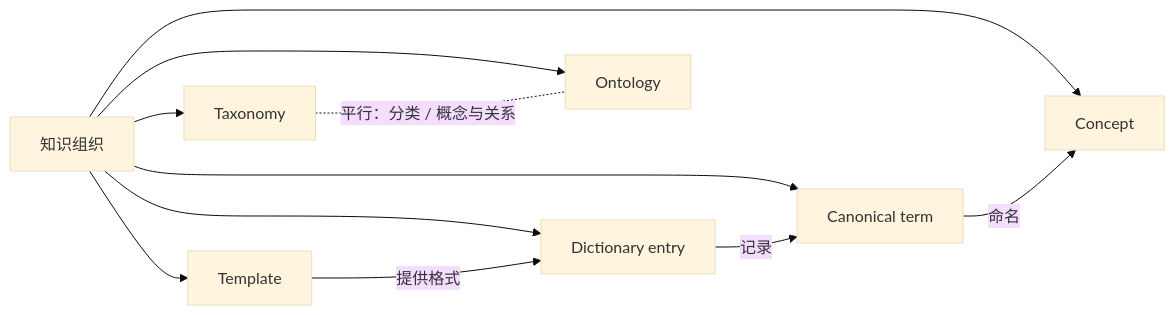
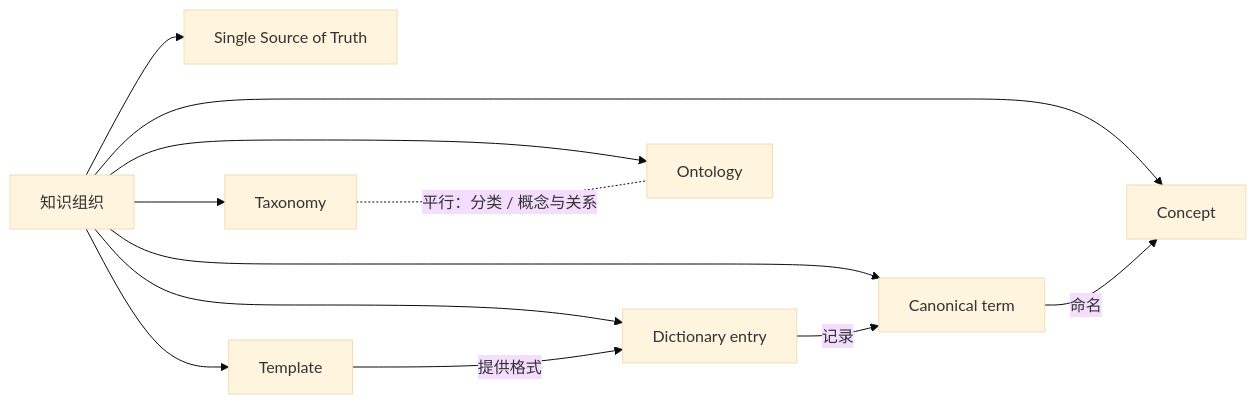
Before and after one commit to bojuewang/engineering-dictionary: the fifth of 5 diagrams in dictionary/taxonomy.md, drawn with Mermaid (base theme). The commit also changed other lines of this file and 17 other files, not shown here.

````diff
--- a/dictionary/taxonomy.md
+++ b/dictionary/taxonomy.md
@@ -196,14 +208,15 @@
 ```mermaid
 flowchart LR
     category["知识组织"]
     category --> canonical_term["Canonical term"]
+    category --> single_source_of_truth["Single Source of Truth"]
     category --> dictionary_entry["Dictionary entry"]
     category --> template["Template"]
     category --> concept["Concept"]
     category --> taxonomy["Taxonomy"]
     category --> ontology["Ontology"]
     dictionary_entry -->|记录| canonical_term
     canonical_term -->|命名| concept
     template -->|提供格式| dictionary_entry
     taxonomy -. 平行：分类 / 概念与关系 .- ontology
 ```
````
